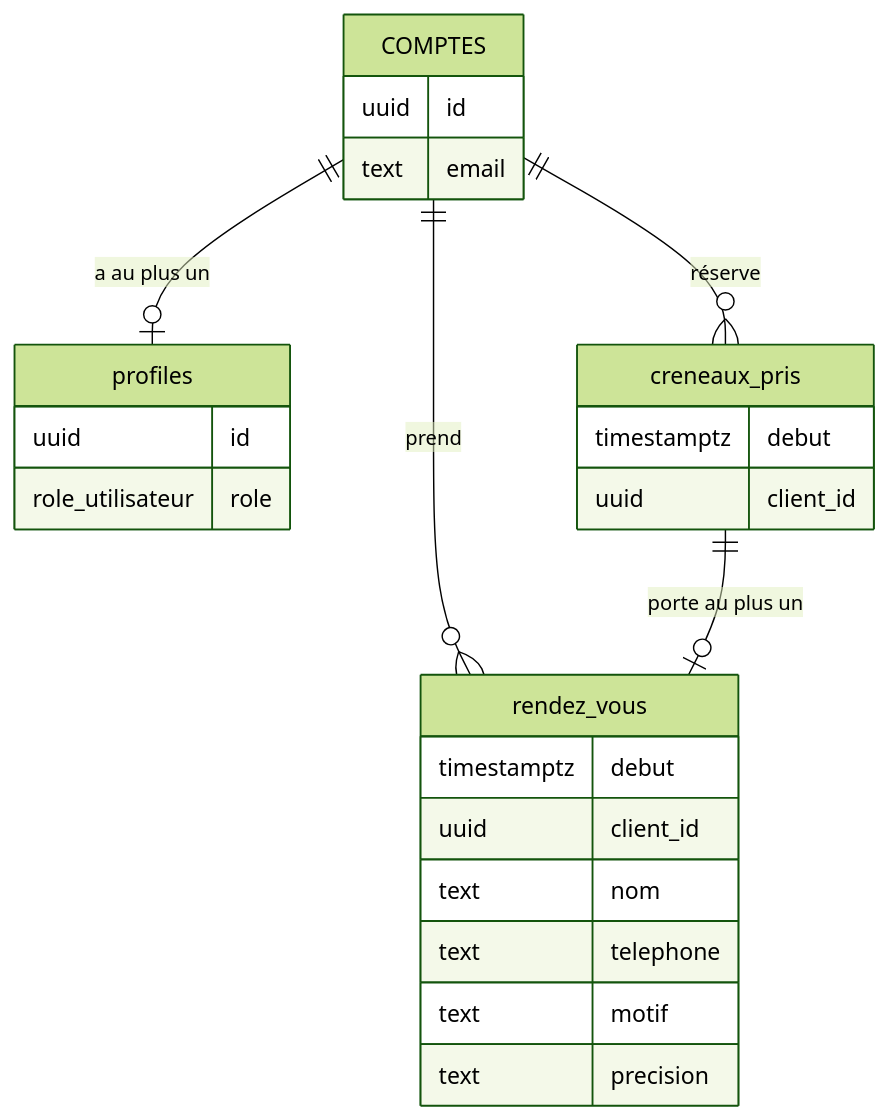
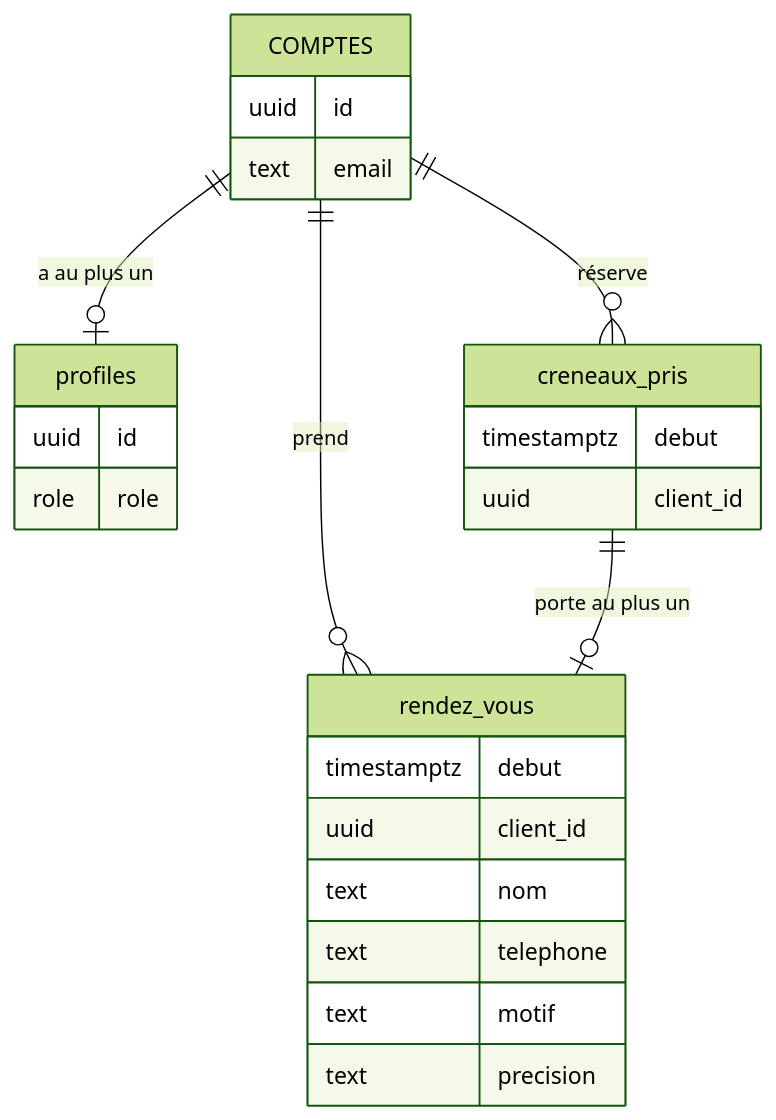
One commit to fakossa-c/creneau-salon-fatou changed the diagram in correction-schema/schema-de-la-base.md. Above: the diagram before and after it, drawn with Mermaid (forest theme). The commit also changed other lines of this file and 1 other file, not shown here.

Commit message:
Le rôle de Fatou s'appelle admin partout ; le type, role ; le profil se crée à la première connexion

````diff
--- a/correction-schema/schema-de-la-base.md
+++ b/correction-schema/schema-de-la-base.md
@@ -6,28 +6,28 @@
 ```mermaid
 erDiagram
     COMPTES ||--o| profiles : "a au plus un"
     COMPTES ||--o{ creneaux_pris : "réserve"
     COMPTES ||--o{ rendez_vous : "prend"
     creneaux_pris ||--o| rendez_vous : "porte au plus un"
 
     COMPTES {
         uuid id
         text email
     }
     profiles {
         uuid id
-        role_utilisateur role
+        role role
     }
     creneaux_pris {
         timestamptz debut
         uuid client_id
     }
     rendez_vous {
         timestamptz debut
         uuid client_id
         text nom
         text telephone
         text motif
         text precision
     }
 ```
````
